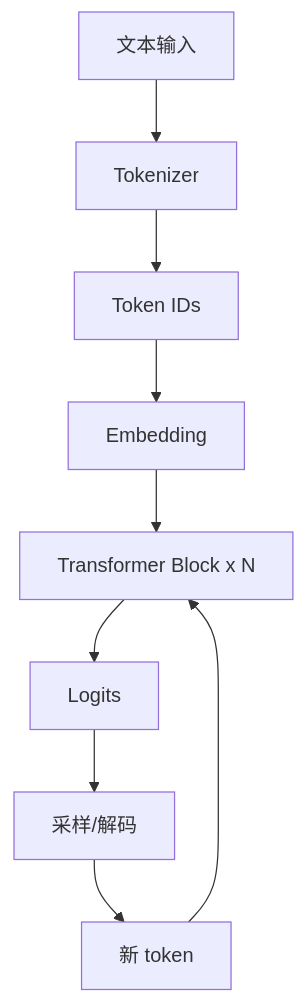
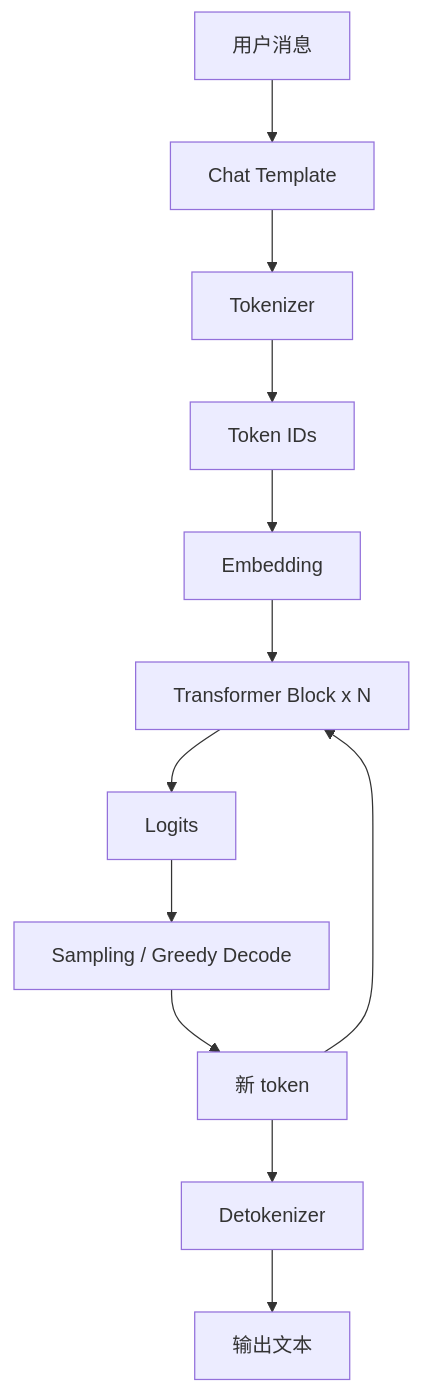
One commit to skyswordw/edge-ai-deployment-course changed the first of 3 diagrams in docs/transformer-llm-basics.md. Above: the diagram before and after it, drawn with Mermaid. The commit also changed other lines of this file and 29 other files, not shown here.

````diff
--- a/docs/transformer-llm-basics.md
+++ b/docs/transformer-llm-basics.md
@@ -19,11 +37,14 @@
 ```mermaid
 flowchart TD
-  A[文本输入] --> B[Tokenizer]
-  B --> C[Token IDs]
-  C --> D[Embedding]
-  D --> E[Transformer Block x N]
-  E --> F[Logits]
-  F --> G[采样/解码]
-  G --> H[新 token]
-  H --> E
+  A["用户消息"] --> B["Chat Template"]
+  B --> C["Tokenizer"]
+  C --> D["Token IDs"]
+  D --> E["Embedding"]
+  E --> F["Transformer Block x N"]
+  F --> G["Logits"]
+  G --> H["Sampling / Greedy Decode"]
+  H --> I["新 token"]
+  I --> J["Detokenizer"]
+  J --> K["输出文本"]
+  I --> F
 ```
````
